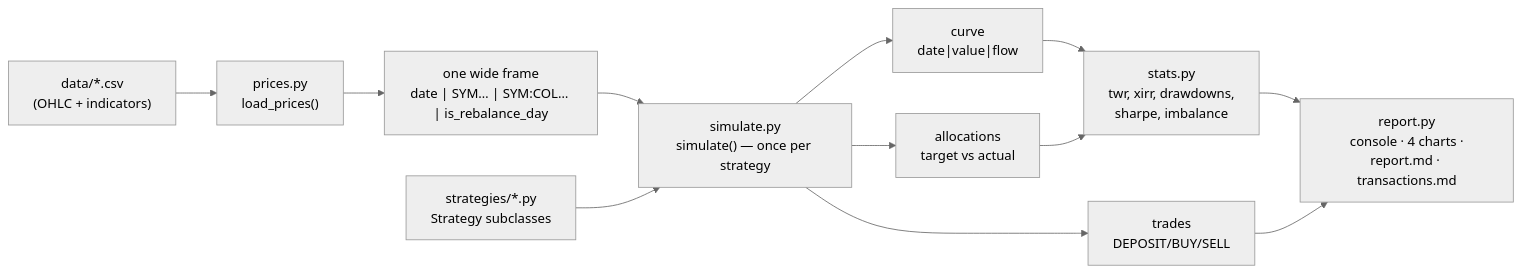
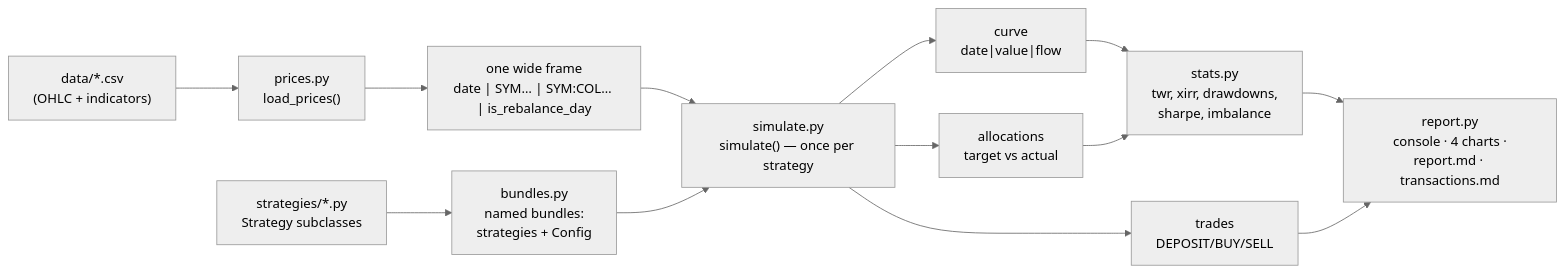
The diagram in docs/ARCHITECTURE.md (vlaas/balancing_portfolio), drawn with Mermaid (neutral theme) before and after one commit. The commit also changed other lines of this file and 4 other files, not shown here.

First line of the commit message:
Separate strategy bundles from main.py, selectable by CLI argument

````diff
--- a/docs/ARCHITECTURE.md
+++ b/docs/ARCHITECTURE.md
@@ -18,14 +18,15 @@
 ```mermaid
 flowchart LR
     CSV["data/*.csv<br/>(OHLC + indicators)"] --> P["prices.py<br/>load_prices()"]
     P --> W["one wide frame<br/>date | SYM… | SYM:COL… | is_rebalance_day"]
     W --> E["simulate.py<br/>simulate() — once per strategy"]
-    S["strategies/*.py<br/>Strategy subclasses"] --> E
+    S["strategies/*.py<br/>Strategy subclasses"] --> B["bundles.py<br/>named bundles:<br/>strategies + Config"]
+    B --> E
     E --> C["curve<br/>date|value|flow"]
     E --> T["trades<br/>DEPOSIT/BUY/SELL"]
     E --> A["allocations<br/>target vs actual"]
     C --> ST["stats.py<br/>twr, xirr, drawdowns,<br/>sharpe, imbalance"]
     A --> ST
     ST --> R["report.py<br/>console · 4 charts ·<br/>report.md · transactions.md"]
     T --> R
 ```
````
